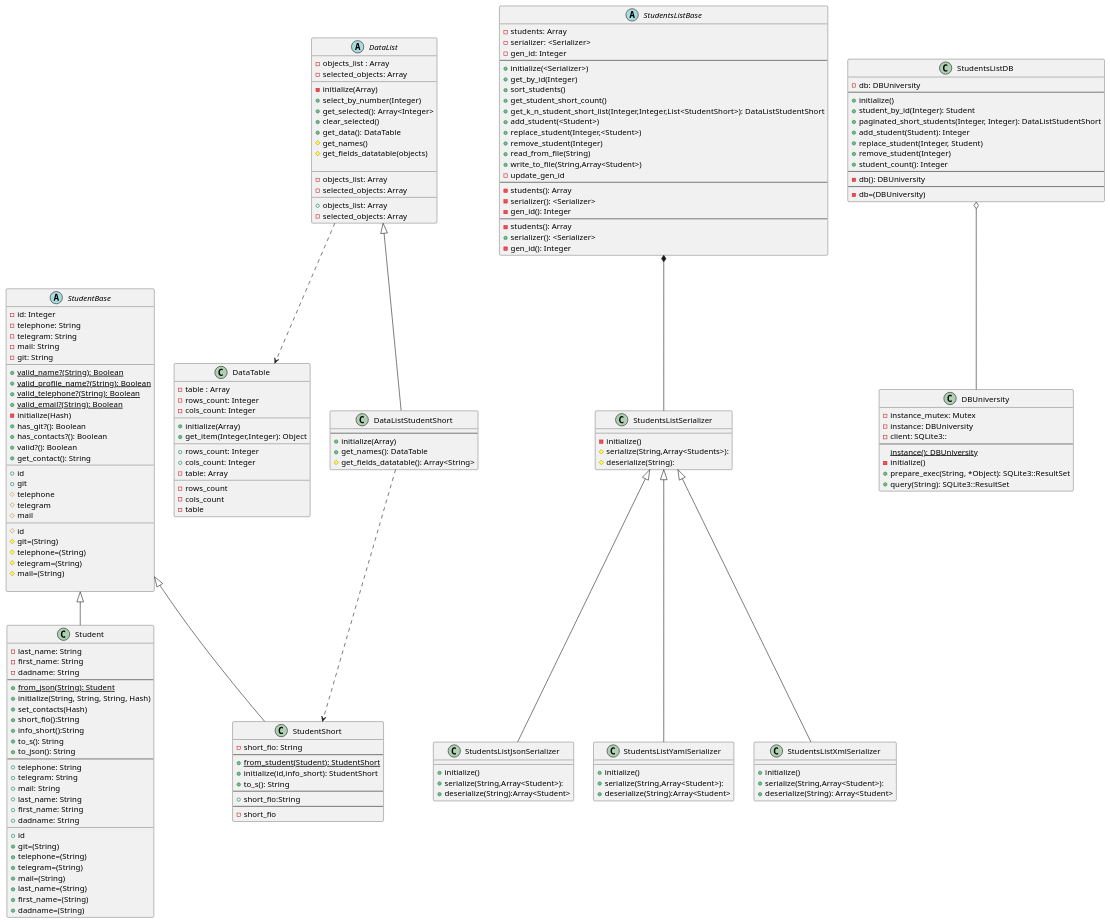
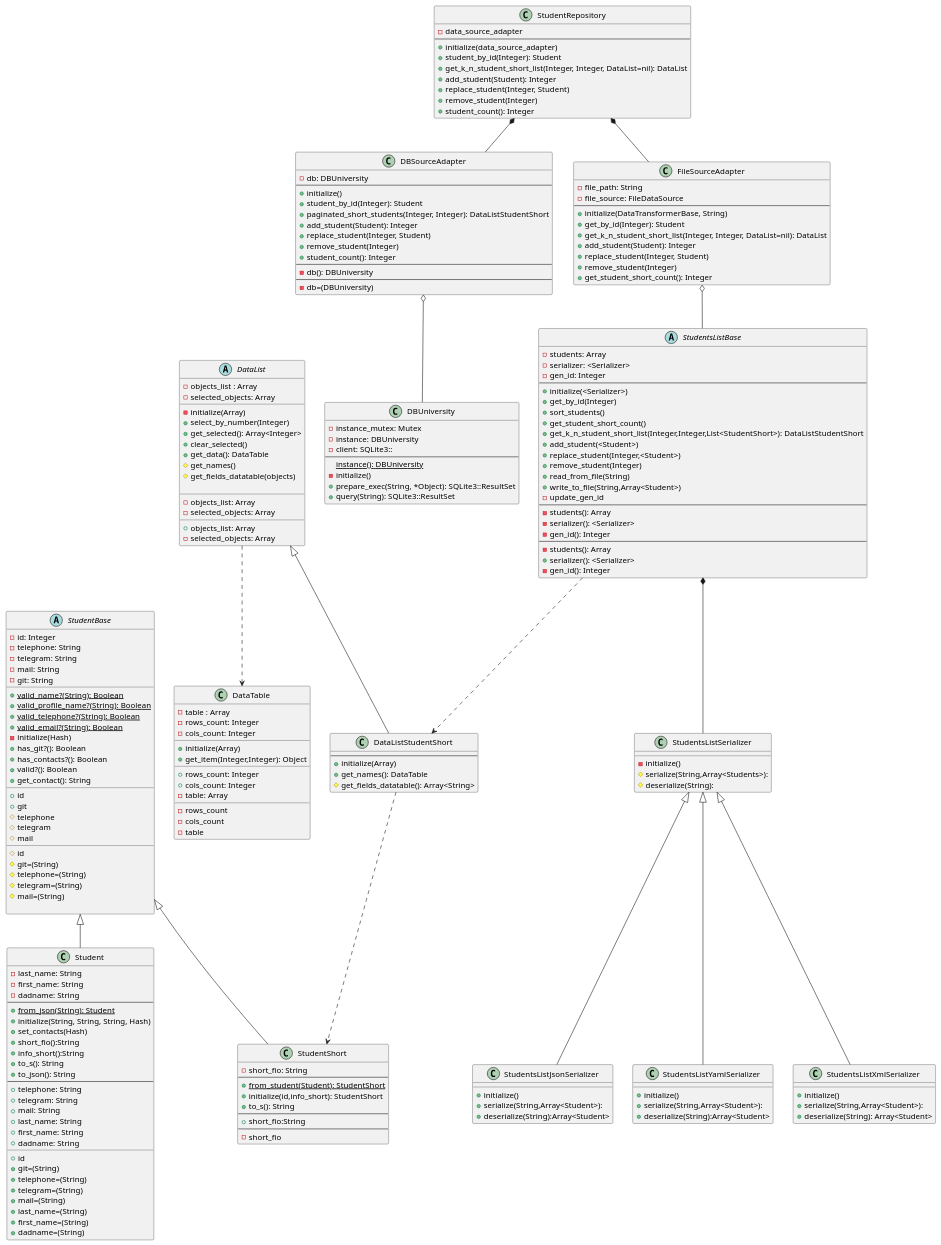
Before and after one commit to KREEAL/RubyLabs: the diagram in LR2/diagram/Class/StudentClassDiagram.puml, drawn with PlantUML. The commit also changed 12 other files, not shown here.

```diff
--- a/LR2/diagram/Class/StudentClassDiagram.puml
+++ b/LR2/diagram/Class/StudentClassDiagram.puml
@@ -174,7 +174,7 @@
     +prepare_exec(String, *Object): SQLite3::ResultSet
     +query(String): SQLite3::ResultSet
 }
-class StudentsListDB {
+class DBSourceAdapter {
     -db: DBUniversity
     --
     +initialize()
@@ -190,10 +190,40 @@
     -db=(DBUniversity)
 }
 
+class StudentRepository {
+    -data_source_adapter
+    --
+    +initialize(data_source_adapter)
+    +student_by_id(Integer): Student
+    +get_k_n_student_short_list(Integer, Integer, DataList=nil): DataList
+    +add_student(Student): Integer
+    +replace_student(Integer, Student)
+    +remove_student(Integer)
+    +student_count(): Integer
+}
+
+class FileSourceAdapter {
+    -file_path: String
+    -file_source: FileDataSource
+    --
+    +initialize(DataTransformerBase, String)
+    +get_by_id(Integer): Student
+    +get_k_n_student_short_list(Integer, Integer, DataList=nil): DataList
+    +add_student(Student): Integer
+    +replace_student(Integer, Student)
+    +remove_student(Integer)
+    +get_student_short_count(): Integer
+}
 
 
 DataList ..> DataTable
 StudentsListBase *-- StudentsListSerializer
-StudentsListDB o-- DBUniversity
 DataListStudentShort ..> StudentShort
+
+DBSourceAdapter o-- DBUniversity
+StudentRepository *-- DBSourceAdapter
+StudentRepository *-- FileSourceAdapter
+
+FileSourceAdapter o-- StudentsListBase
+StudentsListBase ..> DataListStudentShort
 @enduml
```
